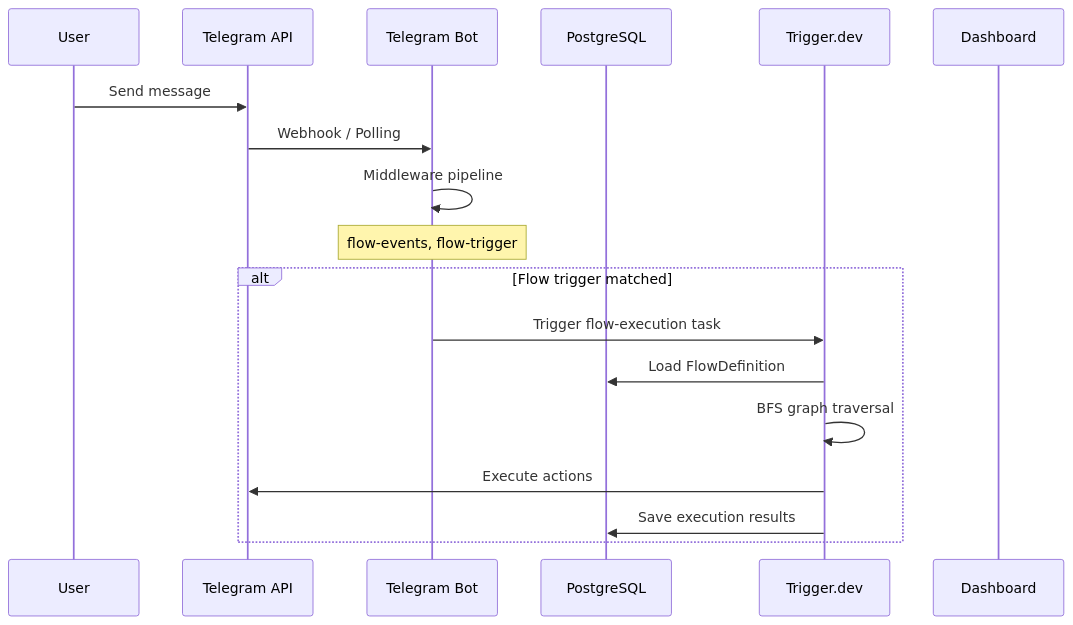
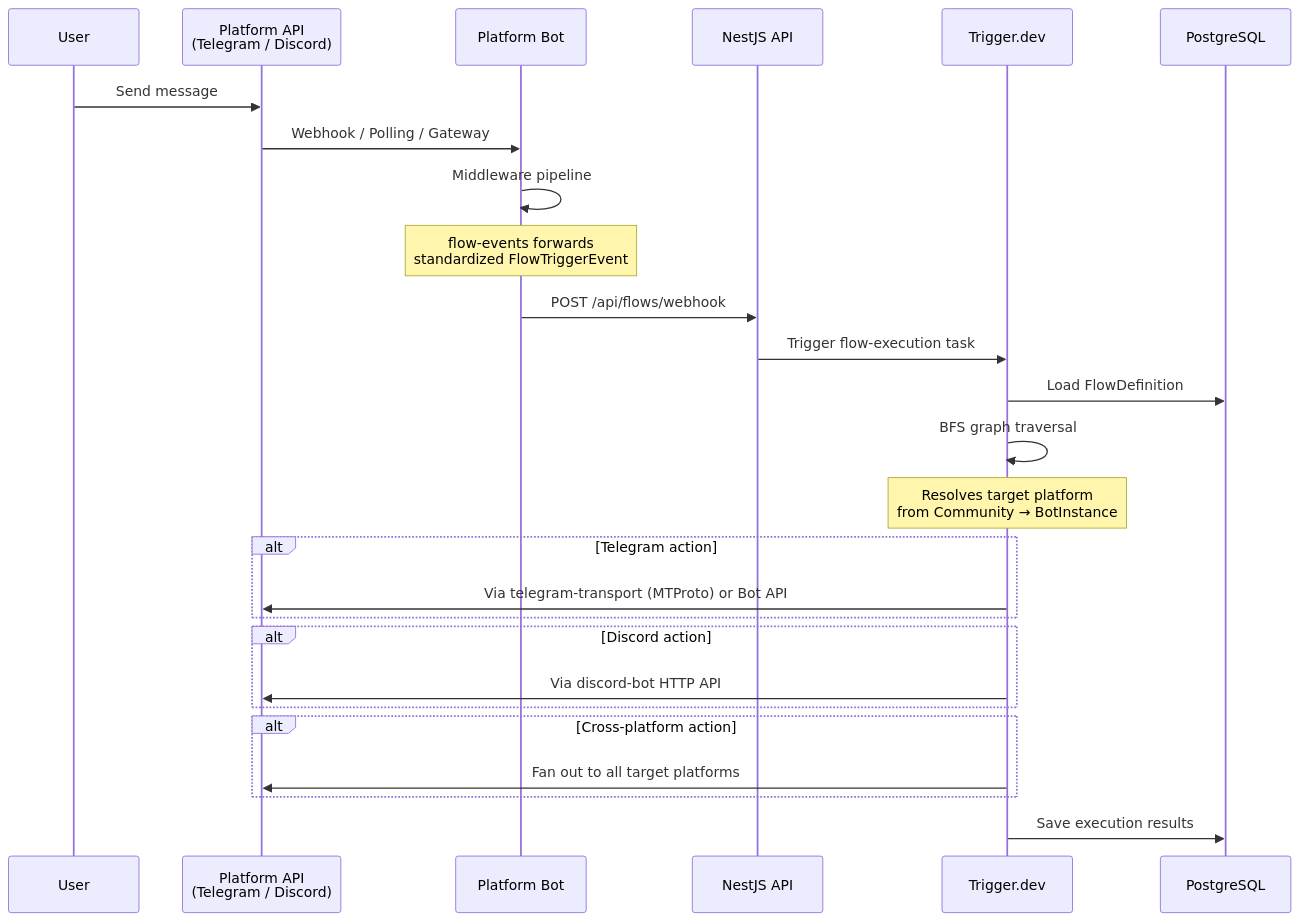
Before and after one commit to kolezka/flowbot: the third of 7 diagrams in README.md, drawn with Mermaid. The commit also changed other lines of this file, not shown here.

Commit message:
docs: update README diagrams and descriptions for multi-platform — Discord, cross-platform broadcast, 150+ node types

````diff
--- a/README.md
+++ b/README.md
@@ -130,22 +131,32 @@
 ```mermaid
 sequenceDiagram
     participant U as User
-    participant TG as Telegram API
-    participant TB as Telegram Bot
+    participant P as Platform API<br/>(Telegram / Discord)
+    participant BOT as Platform Bot
+    participant API as NestJS API
+    participant TR as Trigger.dev
     participant DB as PostgreSQL
-    participant TR as Trigger.dev
-    participant FE as Dashboard
 
-    U->>TG: Send message
-    TG->>TB: Webhook / Polling
-    TB->>TB: Middleware pipeline
-    Note over TB: flow-events, flow-trigger
+    U->>P: Send message
+    P->>BOT: Webhook / Polling / Gateway
+    BOT->>BOT: Middleware pipeline
+    Note over BOT: flow-events forwards<br/>standardized FlowTriggerEvent
 
-    alt Flow trigger matched
-        TB->>TR: Trigger flow-execution task
-        TR->>DB: Load FlowDefinition
-        TR->>TR: BFS graph traversal
-        TR->>TG: Execute actions
-        TR->>DB: Save execution results
+    BOT->>API: POST /api/flows/webhook
+    API->>TR: Trigger flow-execution task
+    TR->>DB: Load FlowDefinition
+    TR->>TR: BFS graph traversal
+    Note over TR: Resolves target platform<br/>from Community → BotInstance
+
+    alt Telegram action
+        TR->>P: Via telegram-transport (MTProto) or Bot API
     end
+    alt Discord action
+        TR->>P: Via discord-bot HTTP API
+    end
+    alt Cross-platform action
+        TR->>P: Fan out to all target platforms
+    end
+
+    TR->>DB: Save execution results
 ```
````
